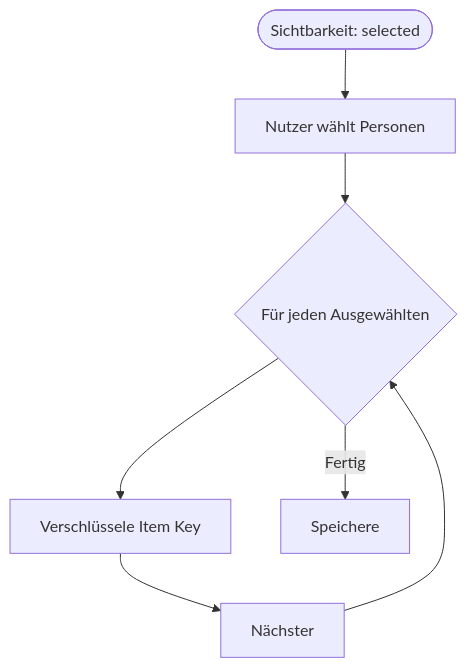
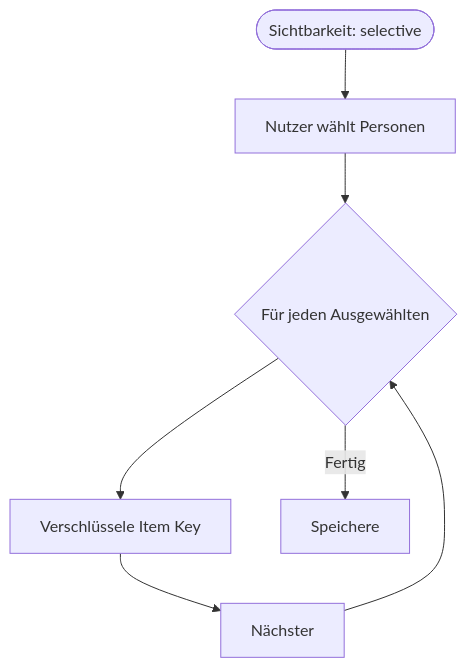
Before and after one commit to antontranelis/web-of-trust: the seventh of 10 diagrams in flows/04-content-technisch-flow.md, drawn with Mermaid. The commit also changed other lines of this file and 5 other files, not shown here.

````diff
--- a/flows/04-content-technisch-flow.md
+++ b/flows/04-content-technisch-flow.md
@@ -319,13 +322,13 @@
 ```mermaid
 flowchart TD
-    Selected(["Sichtbarkeit: selected"]) --> Choose["Nutzer wählt Personen"]
+    Selected(["Sichtbarkeit: selective"]) --> Choose["Nutzer wählt Personen"]
 
     Choose --> Loop{"Für jeden Ausgewählten"}
 
     Loop --> Encrypt["Verschlüssele Item Key"]
 
     Encrypt --> Next["Nächster"]
     Next --> Loop
 
     Loop -->|Fertig| Store["Speichere"]
 ```
````
